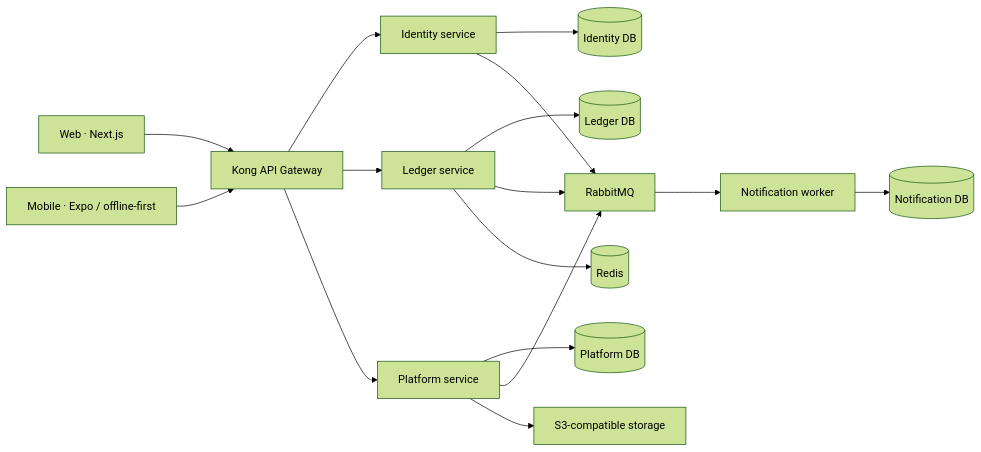
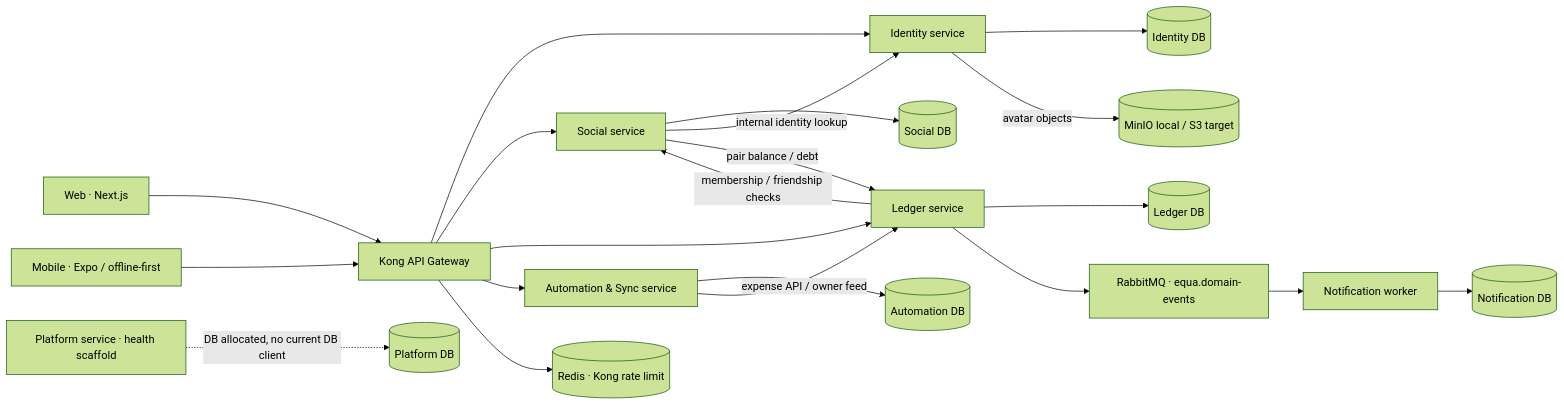
Before and after one commit to lamelihuynh/equa: the diagram in docs/ARCHITECTURE.md, drawn with Mermaid (forest theme). The commit also changed other lines of this file and 12 other files, not shown here.

Commit message:
docs(architecture): record ownership, validation and readiness

````diff
--- a/docs/ARCHITECTURE.md
+++ b/docs/ARCHITECTURE.md
@@ -10,18 +10,24 @@
 ```mermaid
 flowchart LR
   Web["Web · Next.js"] --> GW["Kong API Gateway"]
   Mobile["Mobile · Expo / offline-first"] --> GW
   GW --> Identity["Identity service"]
+  GW --> Social["Social service"]
   GW --> Ledger["Ledger service"]
-  GW --> Platform["Platform service"]
+  GW --> Auto["Automation & Sync service"]
+  Platform["Platform service · health scaffold"]
   Identity --> IDDB[("Identity DB")]
+  Social --> SDB[("Social DB")]
   Ledger --> LDB[("Ledger DB")]
-  Platform --> PDB[("Platform DB")]
-  Identity --> Bus["RabbitMQ"]
-  Ledger --> Bus
-  Platform --> Bus
+  Auto --> ADB[("Automation DB")]
+  Platform -. "DB allocated, no current DB client" .-> PDB[("Platform DB")]
+  Social -->|"internal identity lookup"| Identity
+  Social -->|"pair balance / debt"| Ledger
+  Ledger -->|"membership / friendship checks"| Social
+  Auto -->|"expense API / owner feed"| Ledger
+  Ledger --> Bus["RabbitMQ · equa.domain-events"]
   Bus --> Notify["Notification worker"]
   Notify --> NDB[("Notification DB")]
-  Ledger --> Redis[("Redis")]
-  Platform --> Objects["S3-compatible storage"]
+  GW --> Redis[("Redis · Kong rate limit")]
+  Identity -->|"avatar objects"| Objects[("MinIO local / S3 target")]
 ```
````
